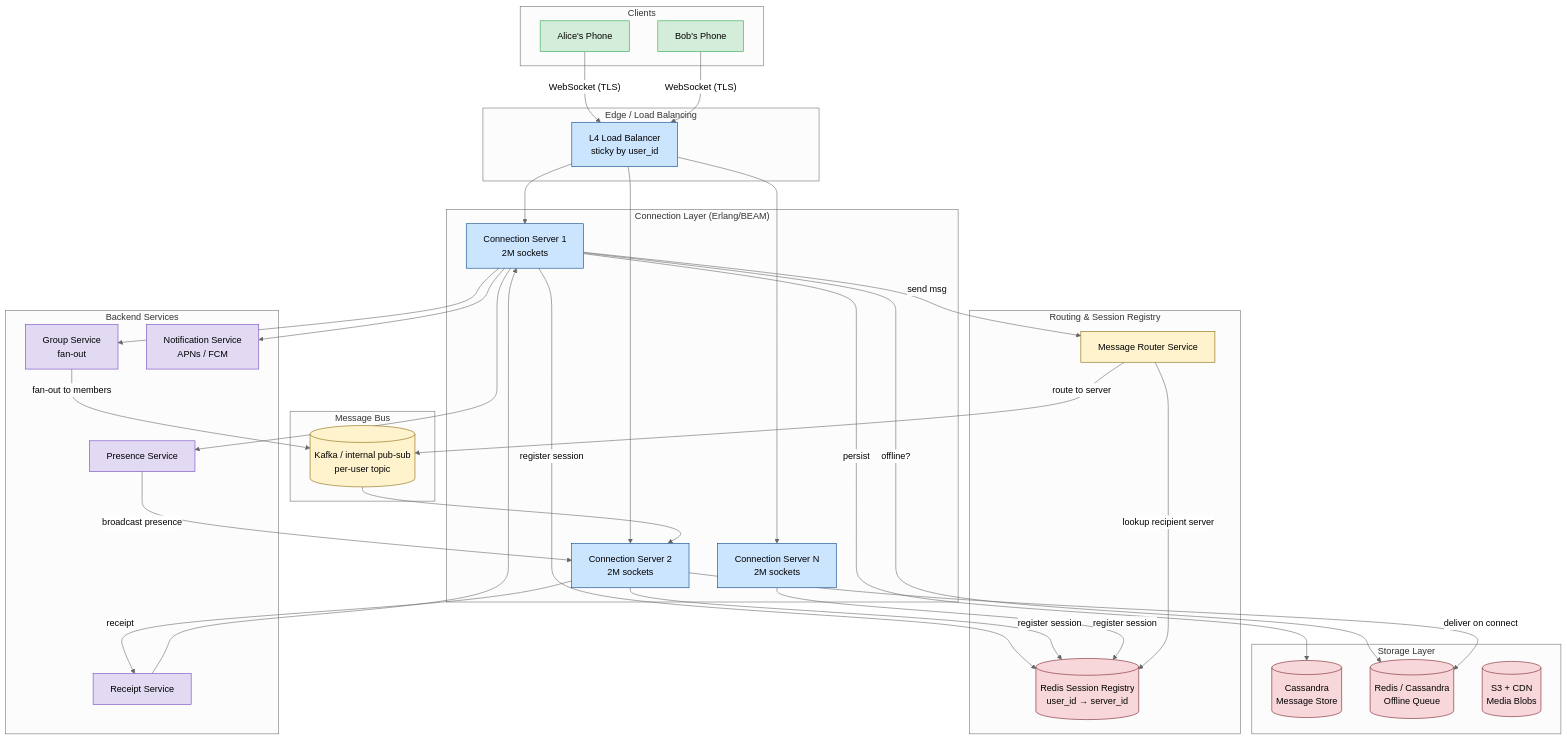
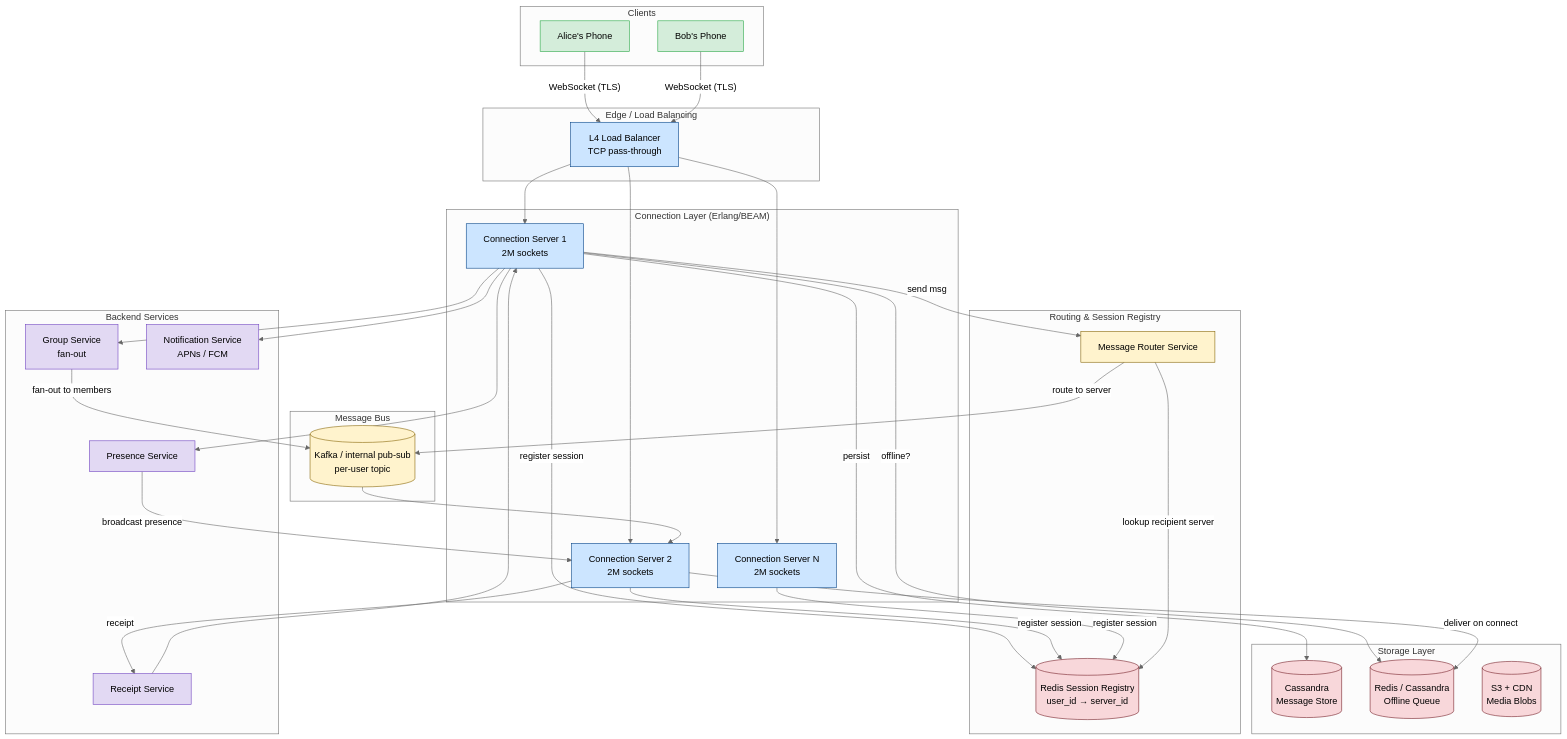
One commit to Ankan1998/learn-system-design changed the second of 4 diagrams in Bonus-Real-World-Architectures/08-WhatsApp-Chat/README.md. Above: the diagram before and after it, drawn with Mermaid (neutral theme). The commit also changed other lines of this file and 139 other files, not shown here.

````diff
--- a/Bonus-Real-World-Architectures/08-WhatsApp-Chat/README.md
+++ b/Bonus-Real-World-Architectures/08-WhatsApp-Chat/README.md
@@ -236,81 +239,81 @@
 ```mermaid
 flowchart TD
     subgraph Clients
         A[Alice's Phone]
         B[Bob's Phone]
     end
 
     subgraph Edge["Edge / Load Balancing"]
-        LB[L4 Load Balancer<br/>sticky by user_id]
+        LB[L4 Load Balancer<br/>TCP pass-through]
     end
 
     subgraph ConnLayer["Connection Layer (Erlang/BEAM)"]
         CS1[Connection Server 1<br/>2M sockets]
         CS2[Connection Server 2<br/>2M sockets]
         CS3[Connection Server N<br/>2M sockets]
     end
 
     subgraph Routing["Routing & Session Registry"]
         SR[(Redis Session Registry<br/>user_id → server_id)]
         MR[Message Router Service]
     end
 
     subgraph Queues["Message Bus"]
         MQ[(Kafka / internal pub-sub<br/>per-user topic)]
     end
 
     subgraph Storage["Storage Layer"]
         MSG[(Cassandra<br/>Message Store)]
         OQ[(Redis / Cassandra<br/>Offline Queue)]
         MEDIA[(S3 + CDN<br/>Media Blobs)]
     end
 
     subgraph Services["Backend Services"]
         GS[Group Service<br/>fan-out]
         PS[Presence Service]
         NS[Notification Service<br/>APNs / FCM]
         RS[Receipt Service]
     end
 
     A -- "WebSocket (TLS)" --> LB
     B -- "WebSocket (TLS)" --> LB
     LB --> CS1
     LB --> CS2
     LB --> CS3
 
     CS1 -- "register session" --> SR
     CS2 -- "register session" --> SR
     CS3 -- "register session" --> SR
 
     CS1 -- "send msg" --> MR
     MR -- "lookup recipient server" --> SR
     MR -- "route to server" --> MQ
     MQ --> CS2
 
     CS1 -- "persist" --> MSG
     CS1 -- "offline?" --> OQ
     CS2 -- "deliver on connect" --> OQ
 
     CS1 --> GS
     GS -- "fan-out to members" --> MQ
 
     CS2 -- "receipt" --> RS
     RS --> CS1
 
     CS1 --> PS
     PS -- "broadcast presence" --> CS2
 
     CS1 --> NS
 
     classDef client fill:#d4edda,stroke:#28a745,color:#000
     classDef conn fill:#cce5ff,stroke:#004085,color:#000
     classDef route fill:#fff3cd,stroke:#856404,color:#000
     classDef store fill:#f8d7da,stroke:#721c24,color:#000
     classDef svc fill:#e2d9f3,stroke:#6f42c1,color:#000
 
     class A,B client
     class CS1,CS2,CS3,LB conn
     class SR,MR,MQ route
     class MSG,OQ,MEDIA,SR store
     class GS,PS,NS,RS svc
 ```
````
